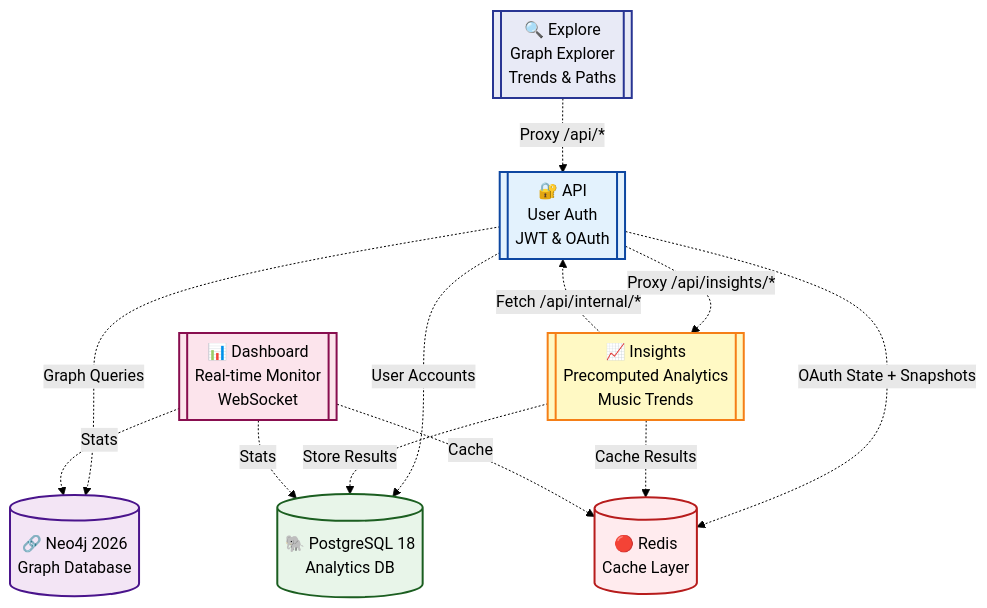
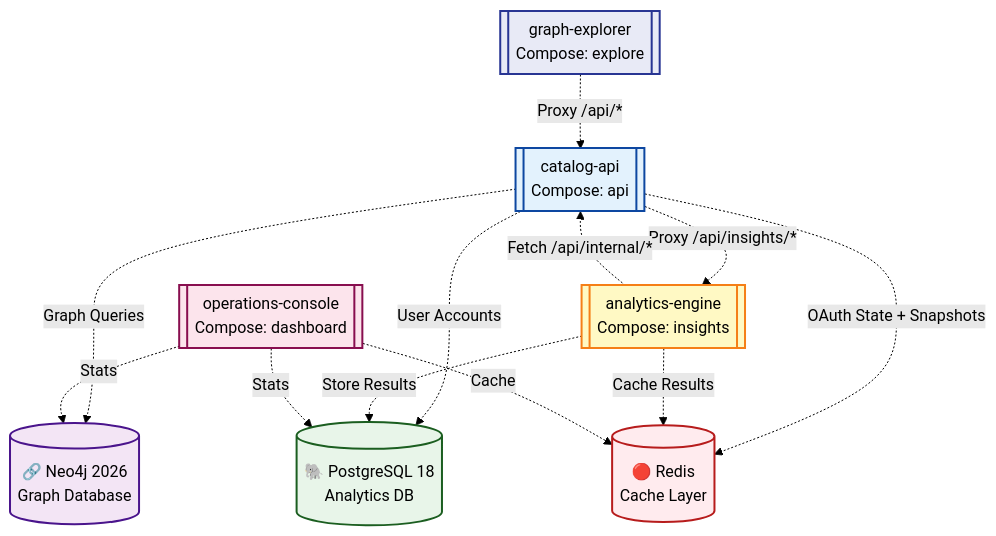
Before and after one commit to groovemap-music/deployment: the second of 7 diagrams in docs/architecture.md, drawn with Mermaid (forest theme). The commit also changed other lines of this file and 19 other files, not shown here.

````diff
--- a/docs/architecture.md
+++ b/docs/architecture.md
@@ -101,34 +106,34 @@
 ```mermaid
 graph TD
     NEO4J[("🔗 Neo4j 2026<br/>Graph Database")]
     PG[("🐘 PostgreSQL 18<br/>Analytics DB")]
     REDIS[("🔴 Redis<br/>Cache Layer")]
 
-    EXPLORE[["🔍 Explore<br/>Graph Explorer<br/>Trends & Paths"]]
-    API[["🔐 API<br/>User Auth<br/>JWT & OAuth"]]
-    INSIGHTS[["📈 Insights<br/>Precomputed Analytics<br/>Music Trends"]]
-    DASH[["📊 Dashboard<br/>Real-time Monitor<br/>WebSocket"]]
+    EXPLORE[["graph-explorer<br/>Compose: explore"]]
+    API[["catalog-api<br/>Compose: api"]]
+    INSIGHTS[["analytics-engine<br/>Compose: insights"]]
+    DASH[["operations-console<br/>Compose: dashboard"]]
 
     EXPLORE -.->|Proxy /api/*| API
 
     API -.->|User Accounts| PG
     API -.->|Graph Queries| NEO4J
     API -.->|OAuth State + Snapshots| REDIS
 
     API -.->|Proxy /api/insights/*| INSIGHTS
     INSIGHTS -.->|Fetch /api/internal/*| API
     INSIGHTS -.->|Store Results| PG
     INSIGHTS -.->|Cache Results| REDIS
 
     DASH -.->|Cache| REDIS
     DASH -.->|Stats| NEO4J
     DASH -.->|Stats| PG
 
     style NEO4J fill:#f3e5f5,stroke:#4a148c,stroke-width:2px
     style PG fill:#e8f5e9,stroke:#1b5e20,stroke-width:2px
     style REDIS fill:#ffebee,stroke:#b71c1c,stroke-width:2px
     style EXPLORE fill:#e8eaf6,stroke:#283593,stroke-width:2px
     style API fill:#e3f2fd,stroke:#0d47a1,stroke-width:2px
     style INSIGHTS fill:#fff9c4,stroke:#f57f17,stroke-width:2px
     style DASH fill:#fce4ec,stroke:#880e4f,stroke-width:2px
 ```
````
